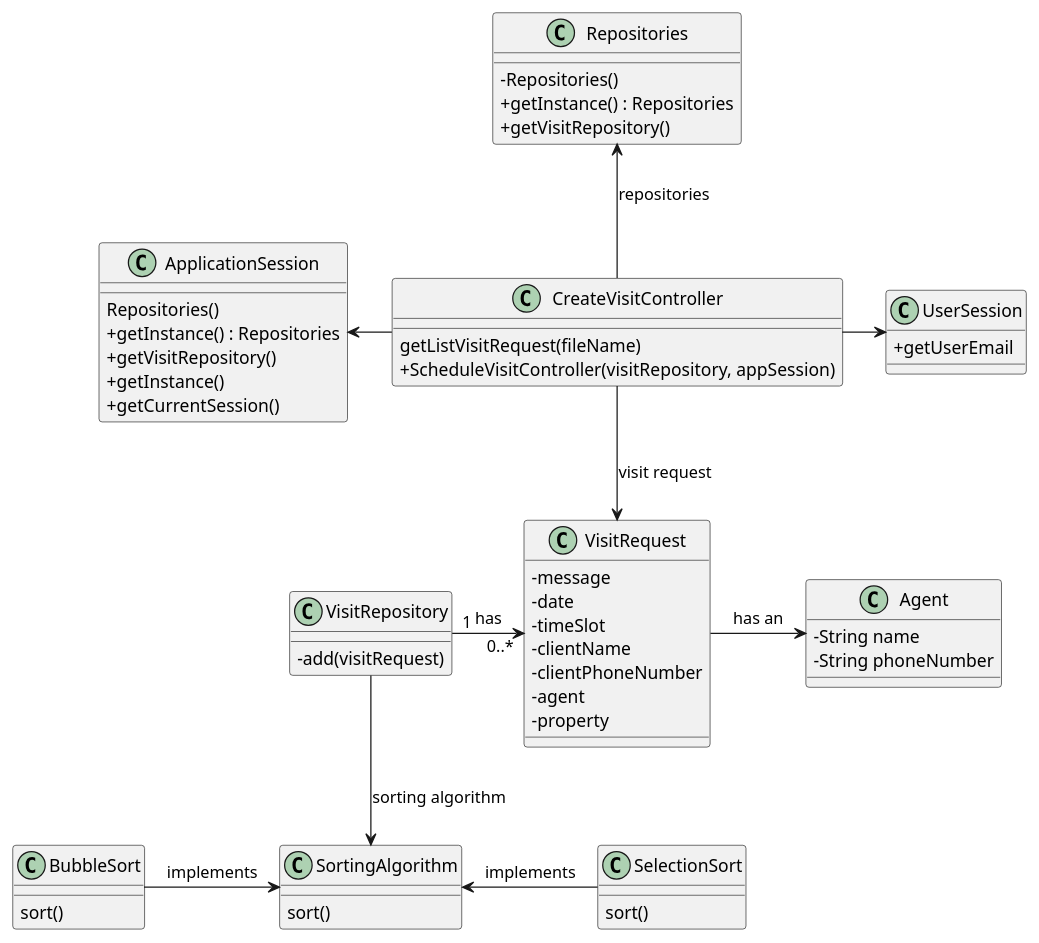
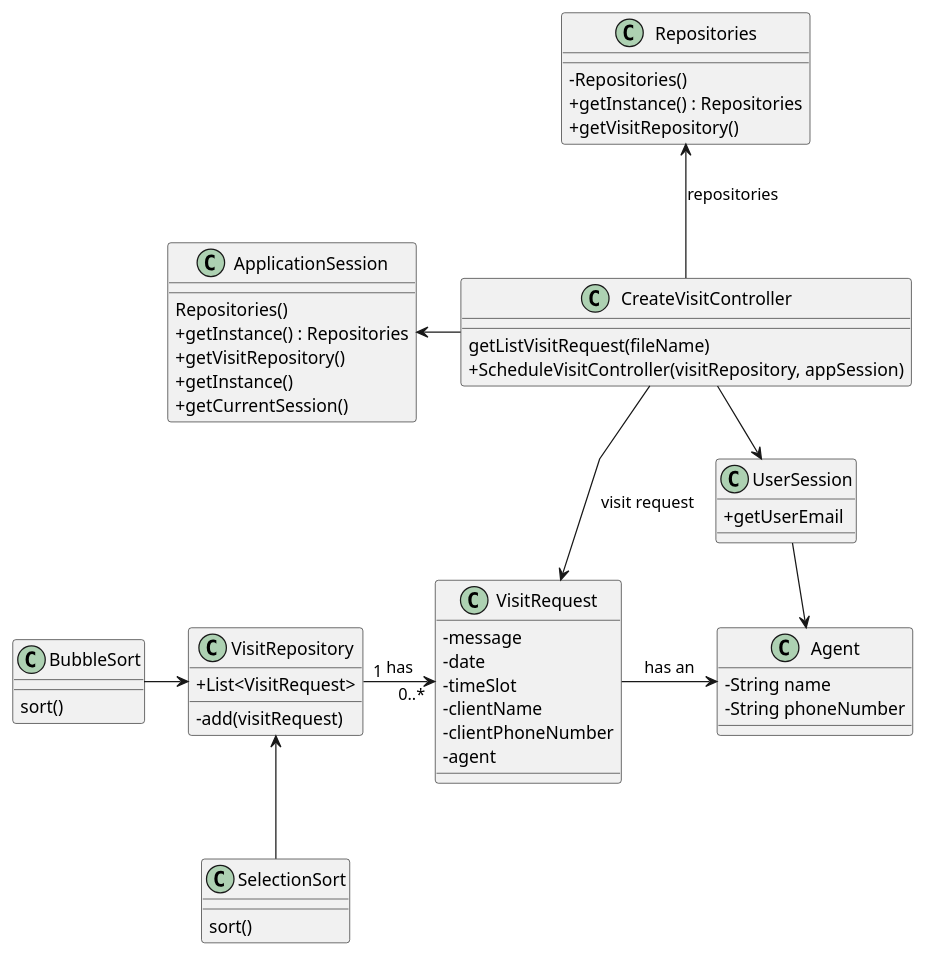
The diagram in docs/Sprint-D/US015/03.design/puml/us015-class-diagram.puml (Rodrick0209/ISEP-LAPR2-22-23), drawn with PlantUML before and after one commit. The commit also changed 12 other files, not shown here.

Commit message:
us15 and us16 sd,ssd,cd , md and readme - final alterations addictions on class diagram and on  project domain model

```diff
--- a/docs/Sprint-D/US015/03.design/puml/us015-class-diagram.puml
+++ b/docs/Sprint-D/US015/03.design/puml/us015-class-diagram.puml
@@ -1,86 +1,83 @@
 @startuml
 'skinparam monochrome true
 skinparam packageStyle rectangle
 skinparam shadowing false
 skinparam linetype polyline
 'skinparam linetype orto
 
 skinparam classAttributeIconSize 0
 
 'left to right direction
 
 class Agent{
     -String name
     -String phoneNumber
 }
 
 
 
 class VisitRepository{
 }
 
 class VisitRequest{
     -message
     -date
     -timeSlot
     -clientName
     -clientPhoneNumber
     -agent
-    -property
 }
 
 
 
 class VisitRepository{
     -add(visitRequest)
+    +List<VisitRequest>
 }
 
 class ApplicationSession{
     Repositories()
     +getInstance() : Repositories
     +getVisitRepository()
 }
 
 
 class BubbleSort{
     sort()
 }
 
 class SelectionSort{
     sort()
 }
 
-class SortingAlgorithm{
-        sort()
-    }
+
 
 class CreateVisitController{
     getListVisitRequest(fileName)
     +ScheduleVisitController(visitRepository, appSession)
 }
 
 class UserSession{
     +getUserEmail
 }
 
 class ApplicationSession{
     +getInstance()
     +getCurrentSession()
 }
 
 class Repositories{
 -Repositories()
 +getInstance() : Repositories
 +getVisitRepository()
 }
 VisitRepository "1" ->  "0..*" VisitRequest :  has
-SelectionSort -l-> SortingAlgorithm : implements
-BubbleSort -> SortingAlgorithm : implements
-VisitRepository --> SortingAlgorithm: sorting algorithm
+BubbleSort-> VisitRepository
+SelectionSort -u-> VisitRepository
 VisitRequest -> Agent : has an
 CreateVisitController -d-> VisitRequest : visit request
 CreateVisitController -> UserSession
 CreateVisitController -l-> ApplicationSession
 CreateVisitController -u-> Repositories : repositories
-
+UserSession -> Agent
 @enduml
```
